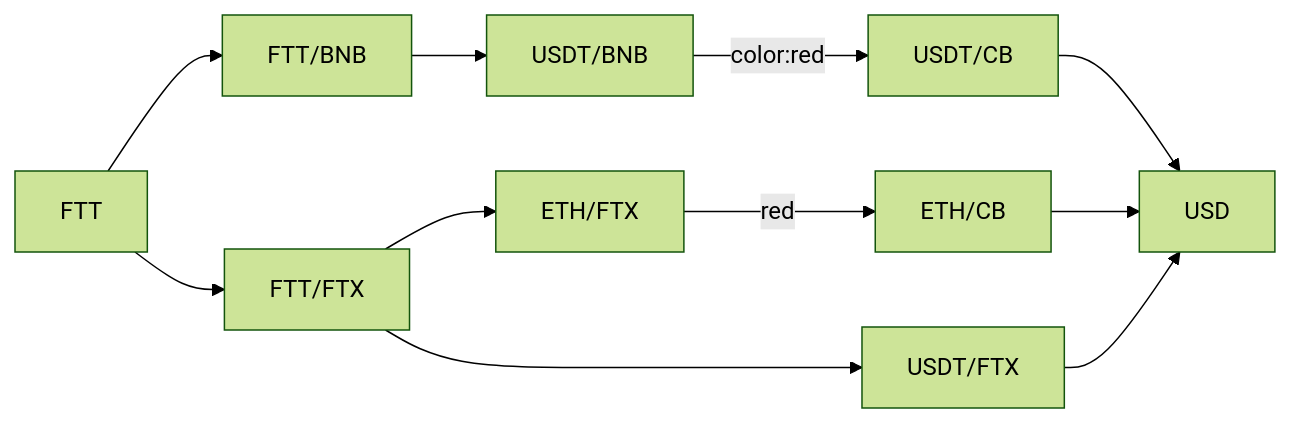
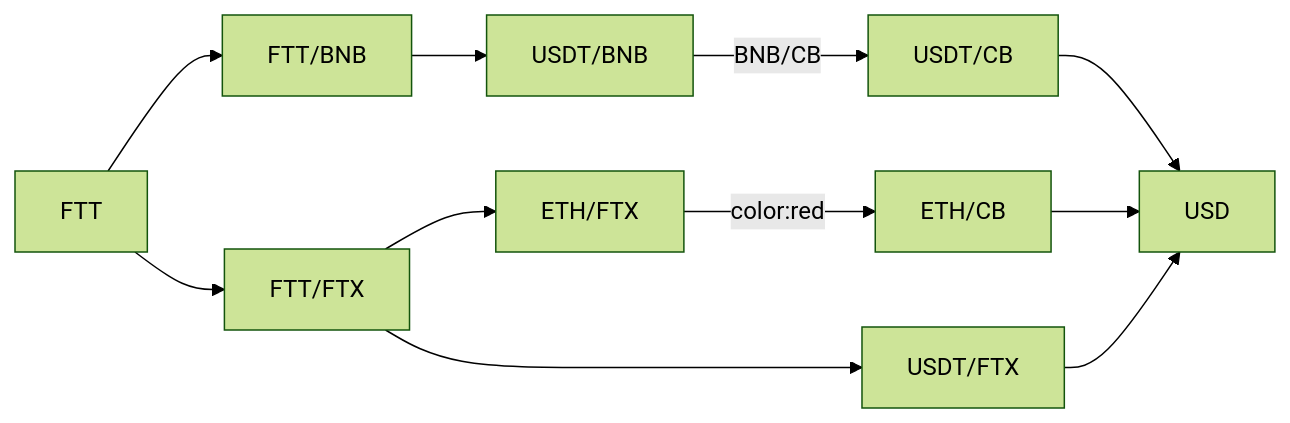
Before and after one commit to Ramzgate/node_setup: the second of 2 diagrams in ubuntu_os.md, drawn with Mermaid (forest theme).

Commit message:
ubuntu install instructions

````diff
--- a/ubuntu_os.md
+++ b/ubuntu_os.md
@@ -78,13 +78,13 @@
 ```mermaid
 graph LR
   A[FTT] --> B[FTT/BNB]
   B --> C[USDT/BNB]
-  C -->|color:red| D[USDT/CB]
+  C -->|BNB/CB| D[USDT/CB]
   D --> E[USD]
   A --> F[FTT/FTX]
   F --> G[ETH/FTX]
-  G --> |red| H[ETH/CB]
+  G --> |color:red| H[ETH/CB]
   H --> E
   F --> I[USDT/FTX]
   I --> E
 ```
````
